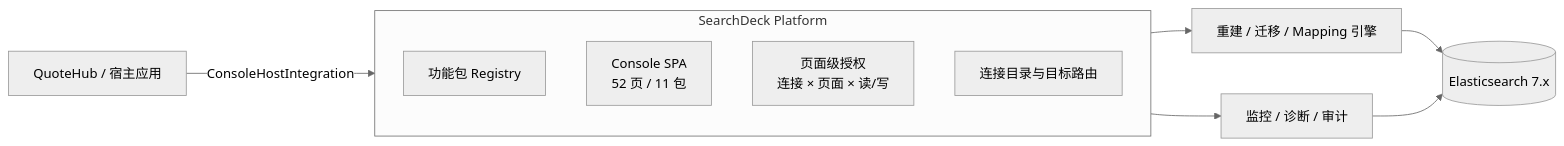
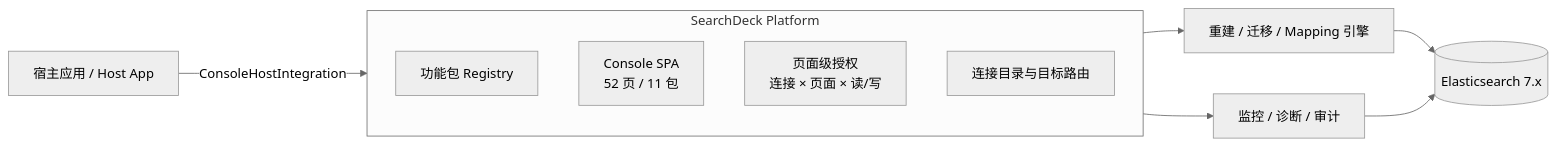
One commit to dengmeiluan/es-rebuild-spring-boot-starter changed the diagram in README.md. Above: the diagram before and after it, drawn with Mermaid (neutral theme). The commit also changed other lines of this file and 1635 other files, not shown here.

````diff
--- a/README.md
+++ b/README.md
@@ -261,16 +272,16 @@
 ```mermaid
 flowchart LR
-  Host["QuoteHub / 宿主应用"] -->|ConsoleHostIntegration| Platform
+  Host["宿主应用 / Host App"] -->|ConsoleHostIntegration| Platform
 
   subgraph Platform["SearchDeck Platform"]
     Packs["功能包 Registry"]
     UI["Console SPA<br/>52 页 / 11 包"]
     Auth["页面级授权<br/>连接 × 页面 × 读/写"]
     Conn["连接目录与目标路由"]
   end
 
   Platform --> Engine["重建 / 迁移 / Mapping 引擎"]
   Platform --> Observability["监控 / 诊断 / 审计"]
   Engine --> ES[("Elasticsearch 7.x")]
   Observability --> ES
 ```
````
